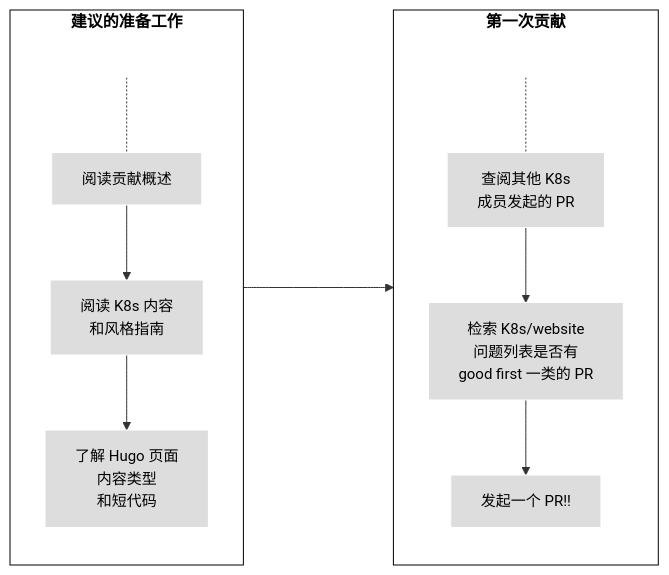
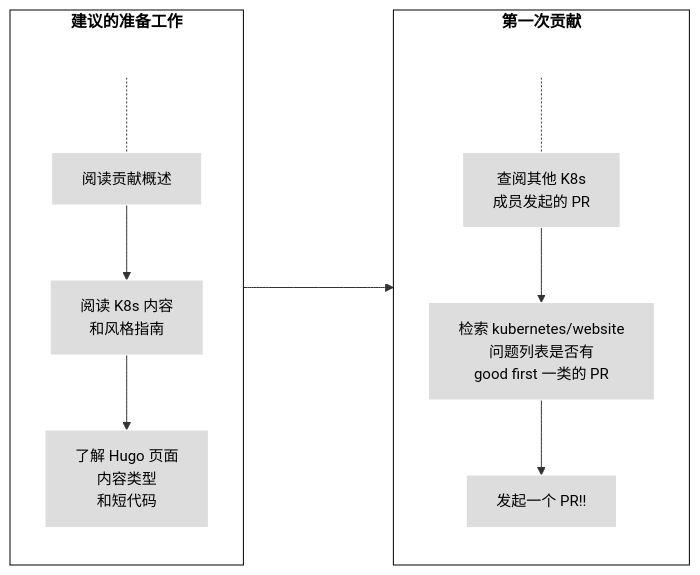
One commit to KimSJ15/kubernetes_website changed the second of 2 diagrams in content/zh-cn/docs/contribute/_index.md. Above: the diagram before and after it, drawn with Mermaid. The commit also changed other lines of this file and 5 other files, not shown here.

```diff
--- a/content/zh-cn/docs/contribute/_index.md
+++ b/content/zh-cn/docs/contribute/_index.md
@@ -187,26 +187,26 @@
 {{< mermaid >}}
 flowchart LR
     subgraph second[第一次贡献]
     direction TB
     S[ ] -.-
     G[查阅其他 K8s<br>成员发起的 PR] -->
-    A[检索 K8s/website<br>问题列表是否有<br>good first 一类的 PR] --> B[发起一个 PR!!]
+    A[检索 kubernetes/website<br>问题列表是否有<br>good first 一类的 PR] --> B[发起一个 PR!!]
     end
     subgraph first[建议的准备工作]
     direction TB
        T[ ] -.-
        D[阅读贡献概述] -->E[阅读 K8s 内容<br>和风格指南]
        E --> F[了解 Hugo 页面<br>内容类型<br>和短代码]
     end
     
 
     first ----> second
      
 
 classDef grey fill:#dddddd,stroke:#ffffff,stroke-width:px,color:#000000, font-size:15px;
 classDef white fill:#ffffff,stroke:#000,stroke-width:px,color:#000,font-weight:bold
 classDef spacewhite fill:#ffffff,stroke:#fff,stroke-width:0px,color:#000
 class A,B,D,E,F,G grey
 class S,T spacewhite
 class first,second white
 {{</ mermaid >}}
```
